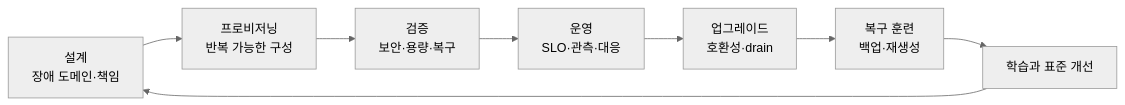
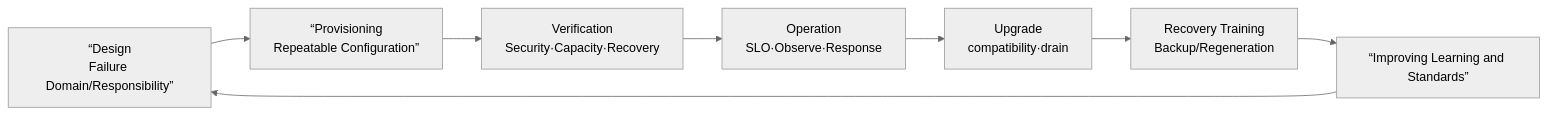
One commit to nohdol97/nohdol-study changed the first of 2 diagrams in docs-site/content/kubernetes/10-production-and-extension.md. Above: the diagram before and after it, drawn with Mermaid (neutral theme). The commit also changed other lines of this file and 116 other files, not shown here.

````diff
--- a/docs-site/content/kubernetes/10-production-and-extension.md
+++ b/docs-site/content/kubernetes/10-production-and-extension.md
@@ -20,10 +20,10 @@
 ```mermaid
 flowchart LR
-    D["설계<br/>장애 도메인·책임"] --> P["프로비저닝<br/>반복 가능한 구성"]
-    P --> V["검증<br/>보안·용량·복구"]
-    V --> O["운영<br/>SLO·관측·대응"]
-    O --> U["업그레이드<br/>호환성·drain"]
-    U --> R["복구 훈련<br/>백업·재생성"]
-    R --> L["학습과 표준 개선"]
+    D[“Design<br/>Failure Domain/Responsibility”] --> P[“Provisioning<br/>Repeatable Configuration”]
+    P --> V["Verification<br/>Security·Capacity·Recovery"]
+    V --> O["Operation<br/>SLO·Observe·Response"]
+    O --> U["Upgrade<br/>compatibility·drain"]
+    U --> R["Recovery Training<br/>Backup/Regeneration"]
+    R --> L[“Improving Learning and Standards”]
     L --> D
 ```
````
